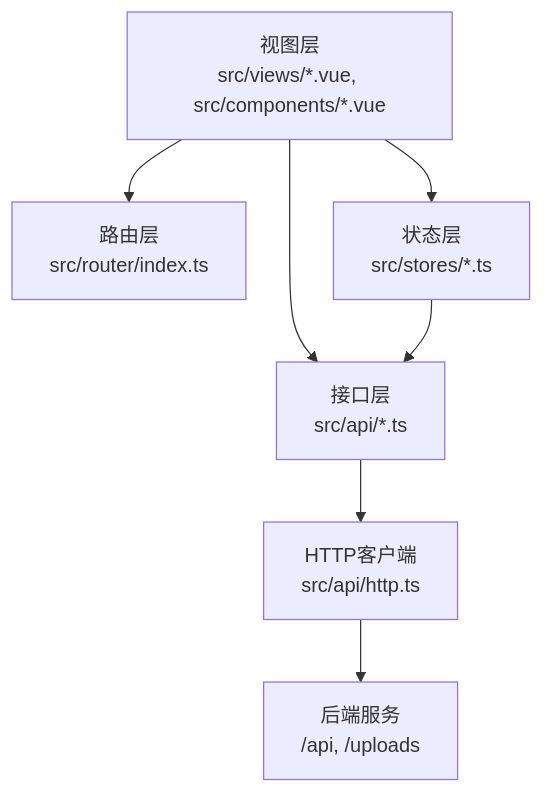
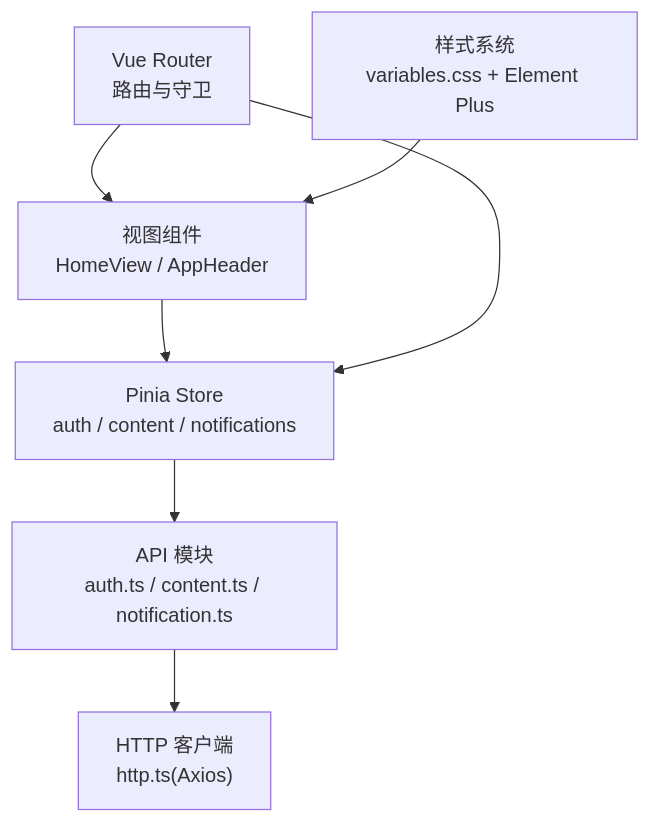
Before and after one commit to koala-xiong/communication-qoder: the second of 7 diagrams in .qoder/repowiki/zh/content/前端架构设计/前端架构设计.md, drawn with Mermaid. The commit also changed other lines of this file and 73 other files, not shown here.

````diff
--- a/.qoder/repowiki/zh/content/前端架构设计/前端架构设计.md
+++ b/.qoder/repowiki/zh/content/前端架构设计/前端架构设计.md
@@ -146,15 +128,9 @@
 ```mermaid
 graph TB
-UI["视图层<br/>src/views/*.vue, src/components/*.vue"]
-Router["路由层<br/>src/router/index.ts"]
-Store["状态层<br/>src/stores/*.ts"]
-Api["接口层<br/>src/api/*.ts"]
-Http["HTTP客户端<br/>src/api/http.ts"]
-Backend["后端服务<br/>/api, /uploads"]
-UI --> Router
-UI --> Store
-UI --> Api
-Store --> Api
-Api --> Http
-Http --> Backend
+UI["视图组件<br/>HomeView / AppHeader"] --> STORE["Pinia Store<br/>auth / content / notifications"]
+STORE --> API["API 模块<br/>auth.ts / content.ts / notification.ts"]
+API --> HTTP["HTTP 客户端<br/>http.ts(Axios)"]
+ROUTER["Vue Router<br/>路由与守卫"] --> UI
+ROUTER --> STORE
+THEME["样式系统<br/>variables.css + Element Plus"] --> UI
 ```
````
